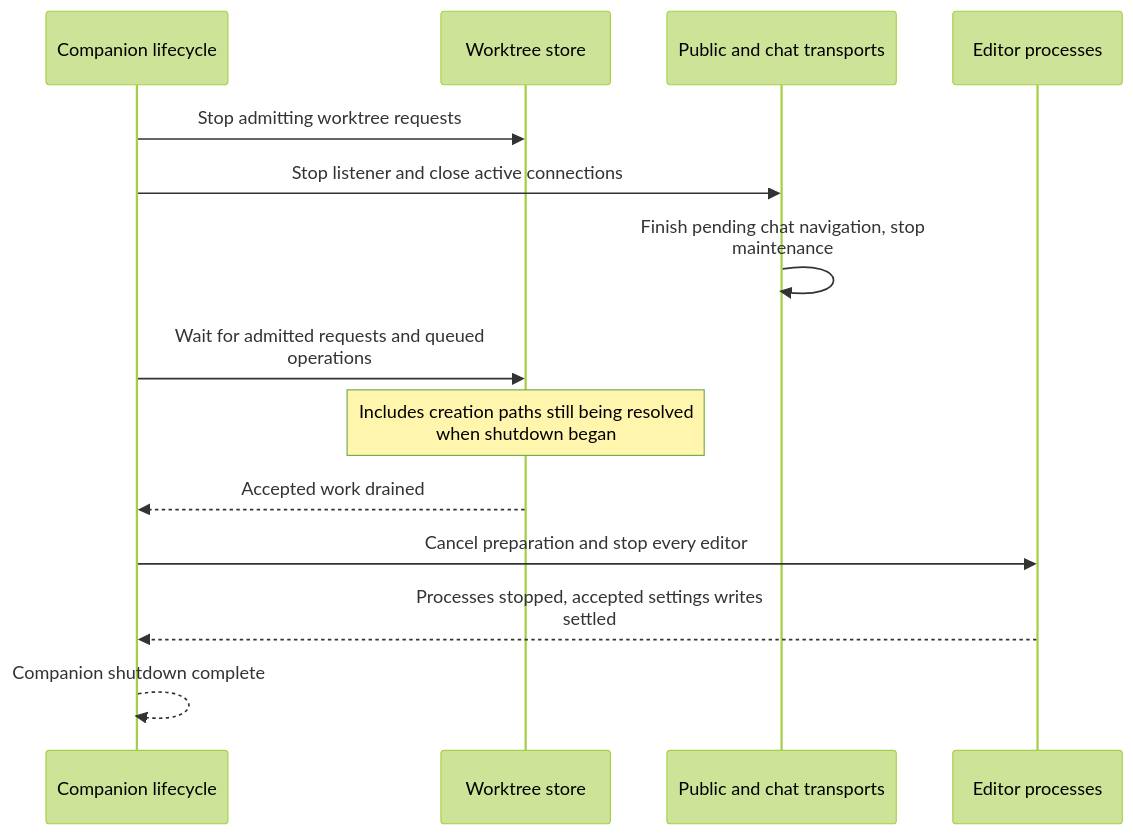
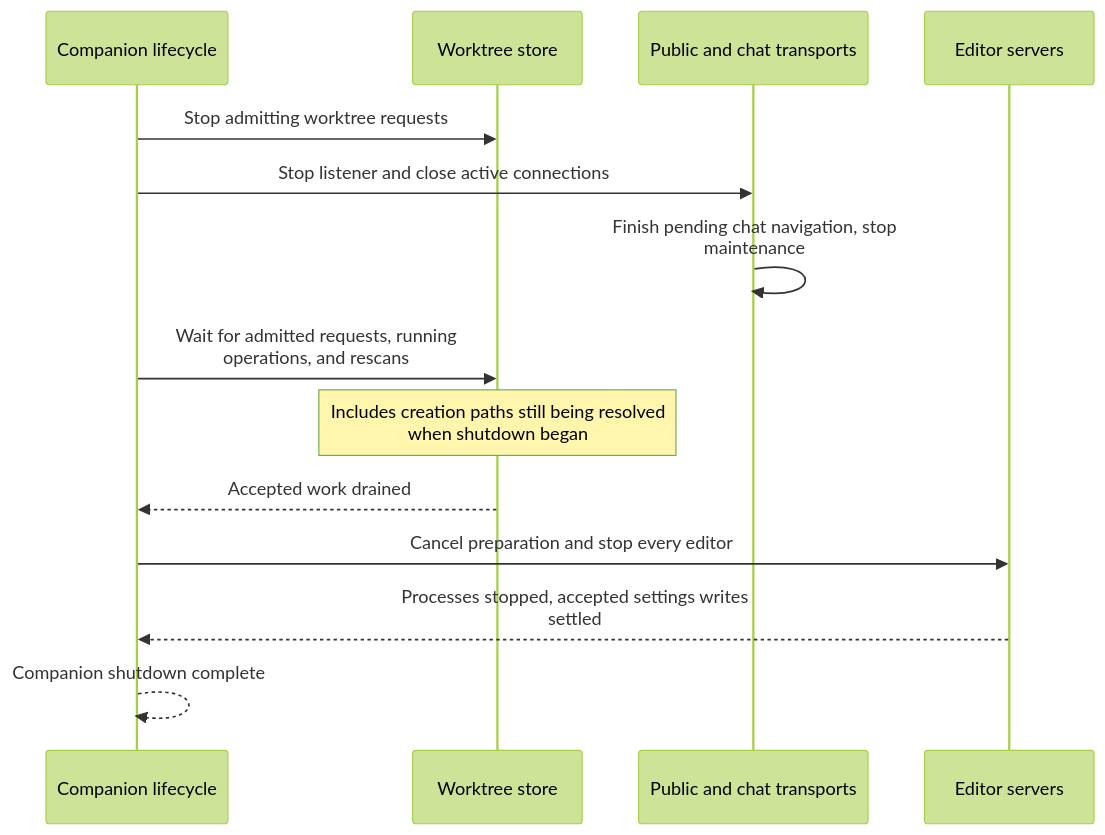
The third of 3 diagrams in workflows/companion.md (takeshibaconsuzuki/ade-overlay), drawn with Mermaid (forest theme) before and after one commit. The commit also changed other lines of this file and 70 other files, not shown here.

````diff
--- a/workflows/companion.md
+++ b/workflows/companion.md
@@ -54,16 +54,16 @@
 ```mermaid
 sequenceDiagram
     participant Host as Companion lifecycle
     participant Store as Worktree store
     participant Transport as Public and chat transports
-    participant Editors as Editor processes
+    participant Editors as Editor servers
     Host->>Store: Stop admitting worktree requests
     Host->>Transport: Stop listener and close active connections
     Transport->>Transport: Finish pending chat navigation, stop<br/>maintenance
-    Host->>Store: Wait for admitted requests and queued<br/>operations
+    Host->>Store: Wait for admitted requests, running<br/>operations, and rescans
     Note over Store: Includes creation paths still being resolved<br/>when shutdown began
     Store-->>Host: Accepted work drained
     Host->>Editors: Cancel preparation and stop every editor
     Editors-->>Host: Processes stopped, accepted settings writes<br/>settled
     Host-->>Host: Companion shutdown complete
 ```
````
